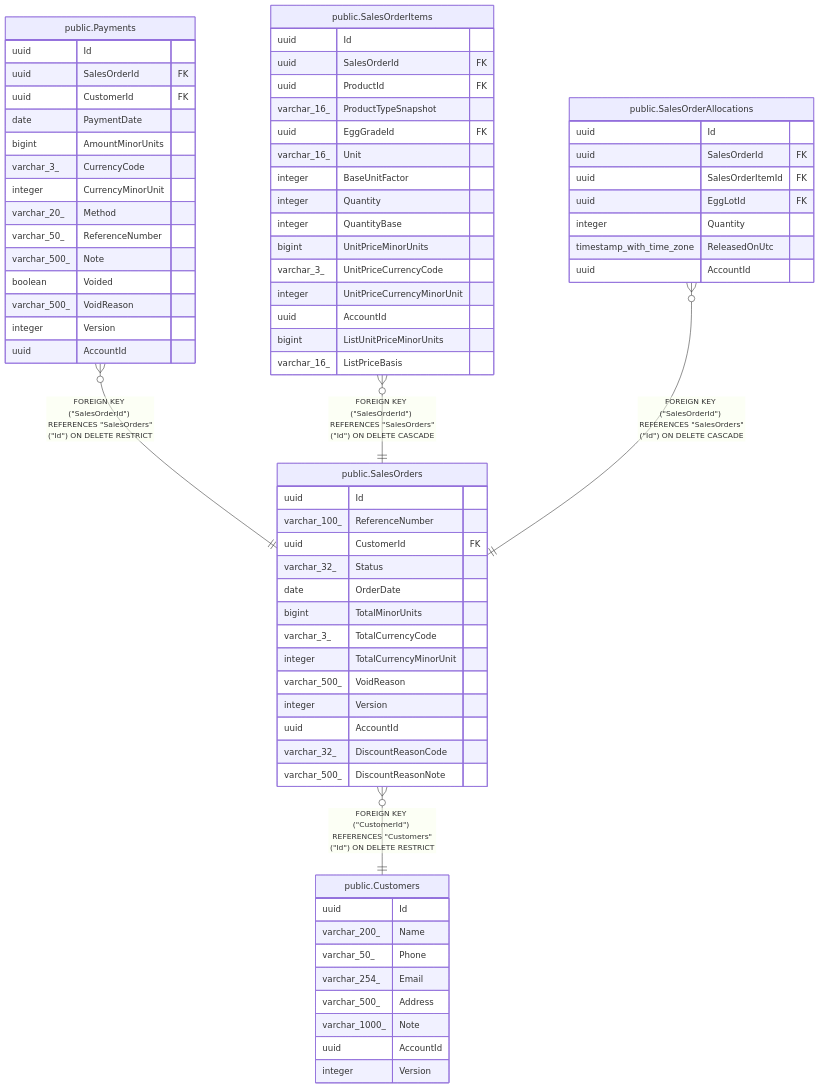
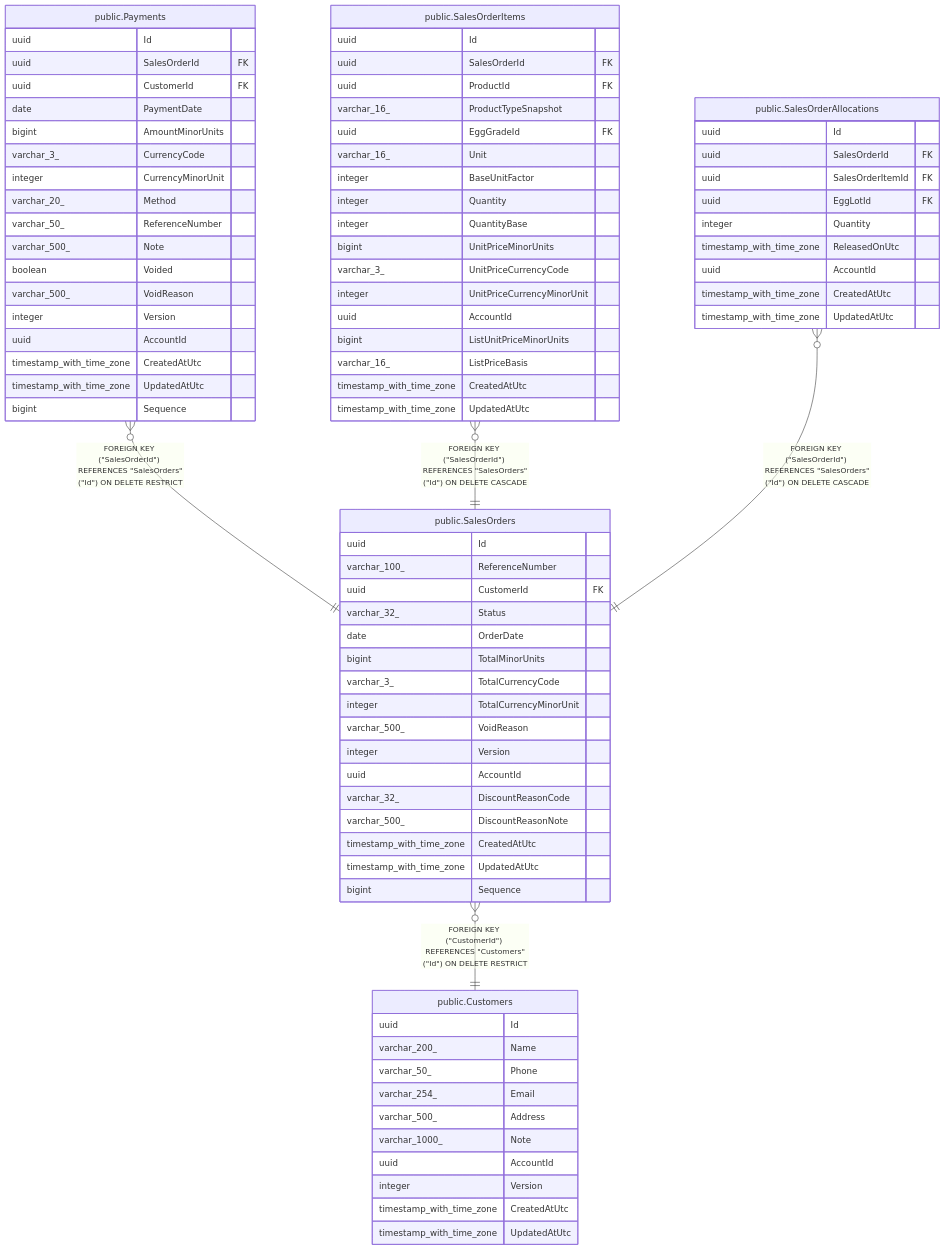
The diagram in docs/schema/public.SalesOrders.md (mforce/cluckwork), drawn with Mermaid before and after one commit. The commit also changed other lines of this file and 105 other files, not shown here.

````diff
--- a/docs/schema/public.SalesOrders.md
+++ b/docs/schema/public.SalesOrders.md
@@ -73,6 +86,9 @@
   uuid AccountId
   varchar_32_ DiscountReasonCode
   varchar_500_ DiscountReasonNote
+  timestamp_with_time_zone CreatedAtUtc
+  timestamp_with_time_zone UpdatedAtUtc
+  bigint Sequence
 }
 "public.Payments" {
   uuid Id
@@ -89,6 +105,9 @@
   varchar_500_ VoidReason
   integer Version
   uuid AccountId
+  timestamp_with_time_zone CreatedAtUtc
+  timestamp_with_time_zone UpdatedAtUtc
+  bigint Sequence
 }
 "public.SalesOrderItems" {
   uuid Id
@@ -106,6 +125,8 @@
   uuid AccountId
   bigint ListUnitPriceMinorUnits
   varchar_16_ ListPriceBasis
+  timestamp_with_time_zone CreatedAtUtc
+  timestamp_with_time_zone UpdatedAtUtc
 }
 "public.SalesOrderAllocations" {
   uuid Id
@@ -115,6 +136,8 @@
   integer Quantity
   timestamp_with_time_zone ReleasedOnUtc
   uuid AccountId
+  timestamp_with_time_zone CreatedAtUtc
+  timestamp_with_time_zone UpdatedAtUtc
 }
 "public.Customers" {
   uuid Id
@@ -125,5 +148,7 @@
   varchar_1000_ Note
   uuid AccountId
   integer Version
+  timestamp_with_time_zone CreatedAtUtc
+  timestamp_with_time_zone UpdatedAtUtc
 }
 ```
````
